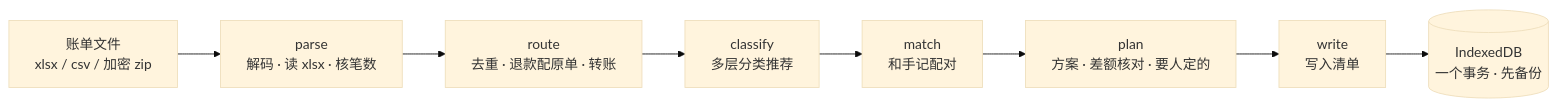
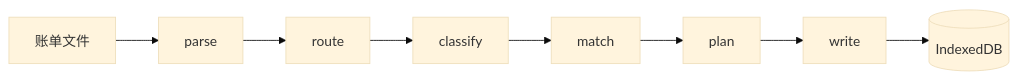
Before and after one commit to topukk45-arch/baofu-ledger: the diagram in README.md, drawn with Mermaid (base theme). The commit also changed other lines of this file, not shown here.

First line of the commit message:
1030-RV5：README 分层图改成表格、导入流程图只留短标签（GitHub 上中文标签被切）[skip ci]

````diff
--- a/README.md
+++ b/README.md
@@ -65,10 +65,4 @@
 ```mermaid
 flowchart LR
-  F["账单文件<br/>xlsx / csv / 加密 zip"] --> P["parse<br/>解码 · 读 xlsx · 核笔数"]
-  P --> R["route<br/>去重 · 退款配原单 · 转账"]
-  R --> C["classify<br/>多层分类推荐"]
-  C --> M["match<br/>和手记配对"]
-  M --> PL["plan<br/>方案 · 差额核对 · 要人定的"]
-  PL --> W["write<br/>写入清单"]
-  W --> DB[("IndexedDB<br/>一个事务 · 先备份")]
+  F["账单文件"] --> P["parse"] --> R["route"] --> C["classify"] --> M["match"] --> PL["plan"] --> W["write"] --> DB[("IndexedDB")]
 ```
````
